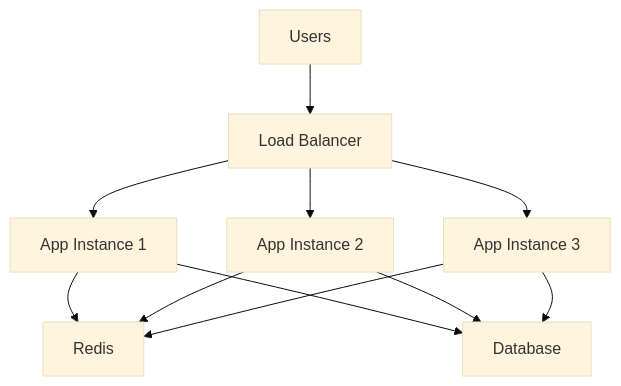
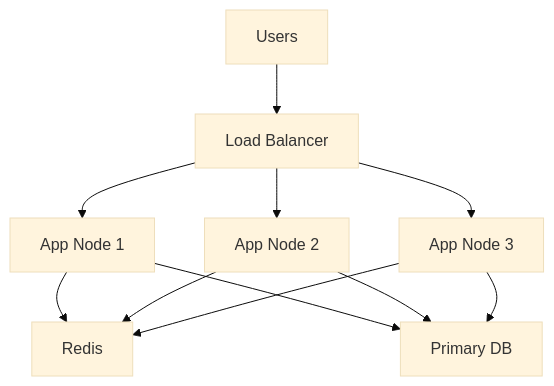
Before and after one commit to quesiblaq442-del/architecture-diagram: the seventh of 26 diagrams in ARCHITECTURE.md, drawn with Mermaid (base theme). The commit also changed other lines of this file, not shown here.

Commit message:
Refresh the architecture document for a more polished, eye-catching overview

````diff
--- a/ARCHITECTURE.md
+++ b/ARCHITECTURE.md
@@ -181,13 +212,13 @@
 ```mermaid
 graph TB
     Users["Users"] --> LB["Load Balancer"]
-    LB --> App1["App Instance 1"]
-    LB --> App2["App Instance 2"]
-    LB --> App3["App Instance 3"]
+    LB --> App1["App Node 1"]
+    LB --> App2["App Node 2"]
+    LB --> App3["App Node 3"]
     App1 --> Cache["Redis"]
     App2 --> Cache
     App3 --> Cache
-    App1 --> DB["Database"]
+    App1 --> DB["Primary DB"]
     App2 --> DB
     App3 --> DB
 ```
````
